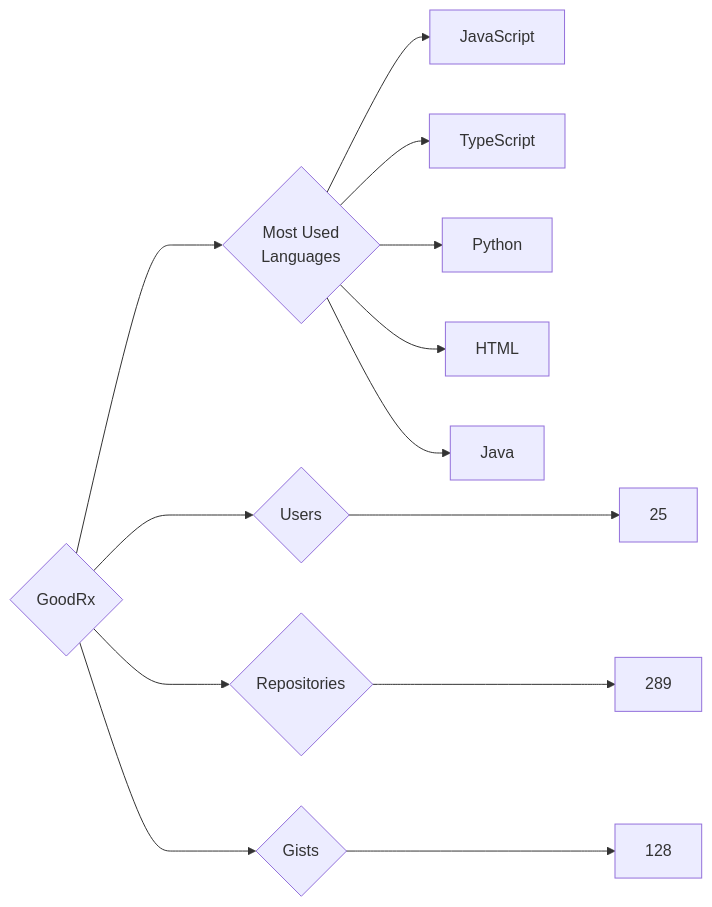
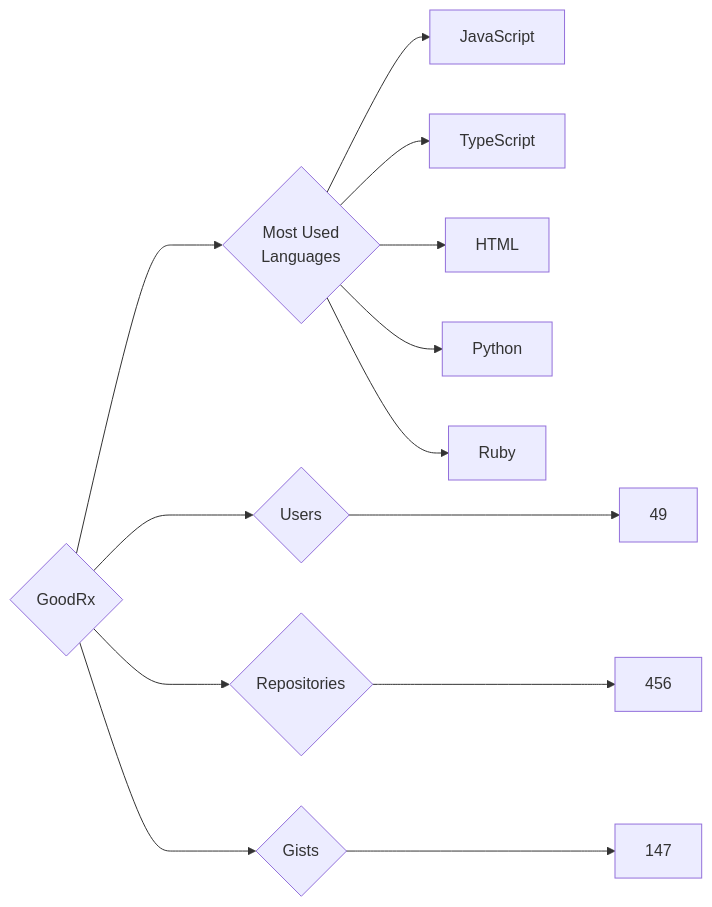
Before and after one commit to trickest/insiders: the diagram in targets/GoodRx/README.md, drawn with Mermaid. The commit also changed 721 other files, not shown here.

````diff
--- a/targets/GoodRx/README.md
+++ b/targets/GoodRx/README.md
@@ -3,13 +3,13 @@
 ```mermaid
 graph LR
 COMPANY_NAME{GoodRx}
-COMPANY_NAME ---> U{Users} ---> UN[25]
-COMPANY_NAME ---> R{Repositories} ---> RN[289]
-COMPANY_NAME ---> G{Gists} ---> GN[128]
+COMPANY_NAME ---> U{Users} ---> UN[49]
+COMPANY_NAME ---> R{Repositories} ---> RN[456]
+COMPANY_NAME ---> G{Gists} ---> GN[147]
 COMPANY_NAME ---> ML{Most Used<br>Languages}
 ML --> JavaScript[JavaScript]
 ML --> TypeScript[TypeScript]
+ML --> HTML[HTML]
 ML --> Python[Python]
-ML --> HTML[HTML]
-ML --> Java[Java]
+ML --> Ruby[Ruby]
 ```
````
